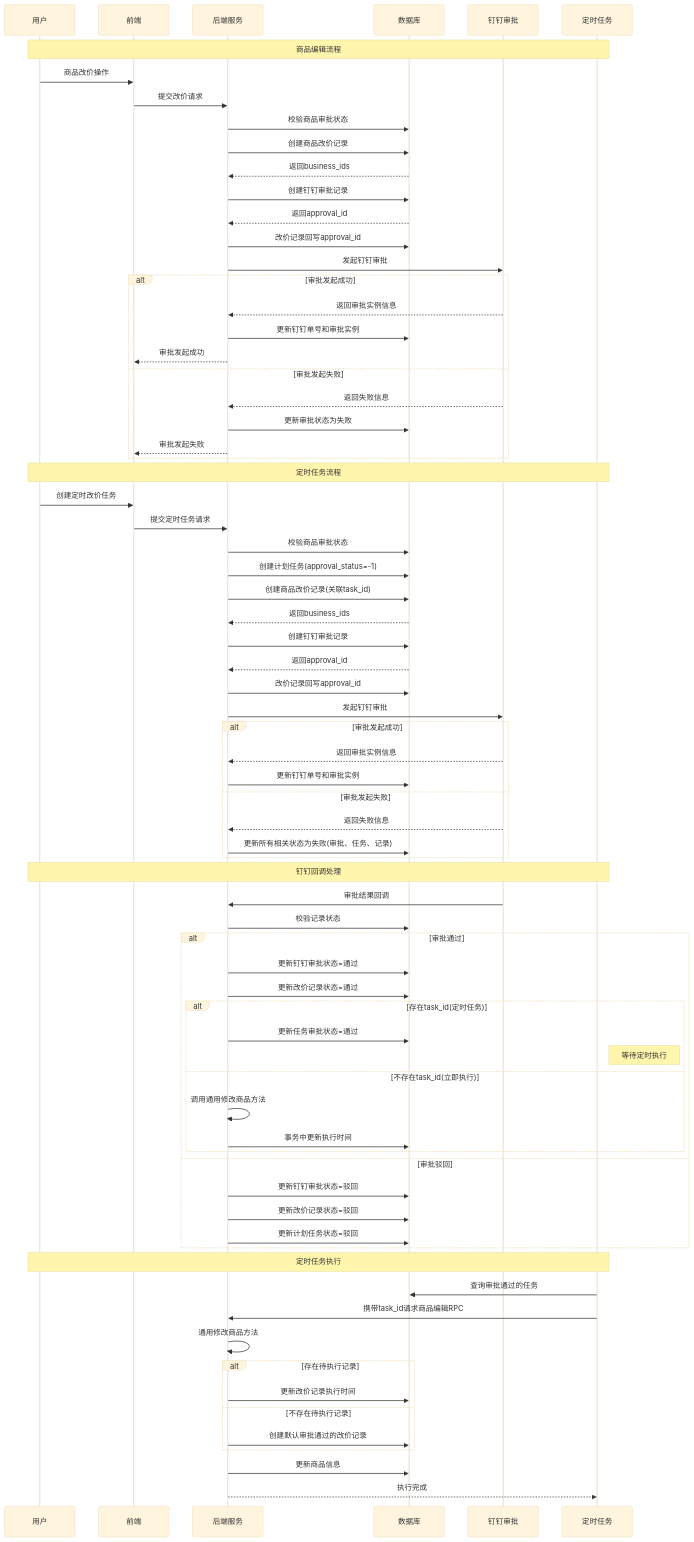
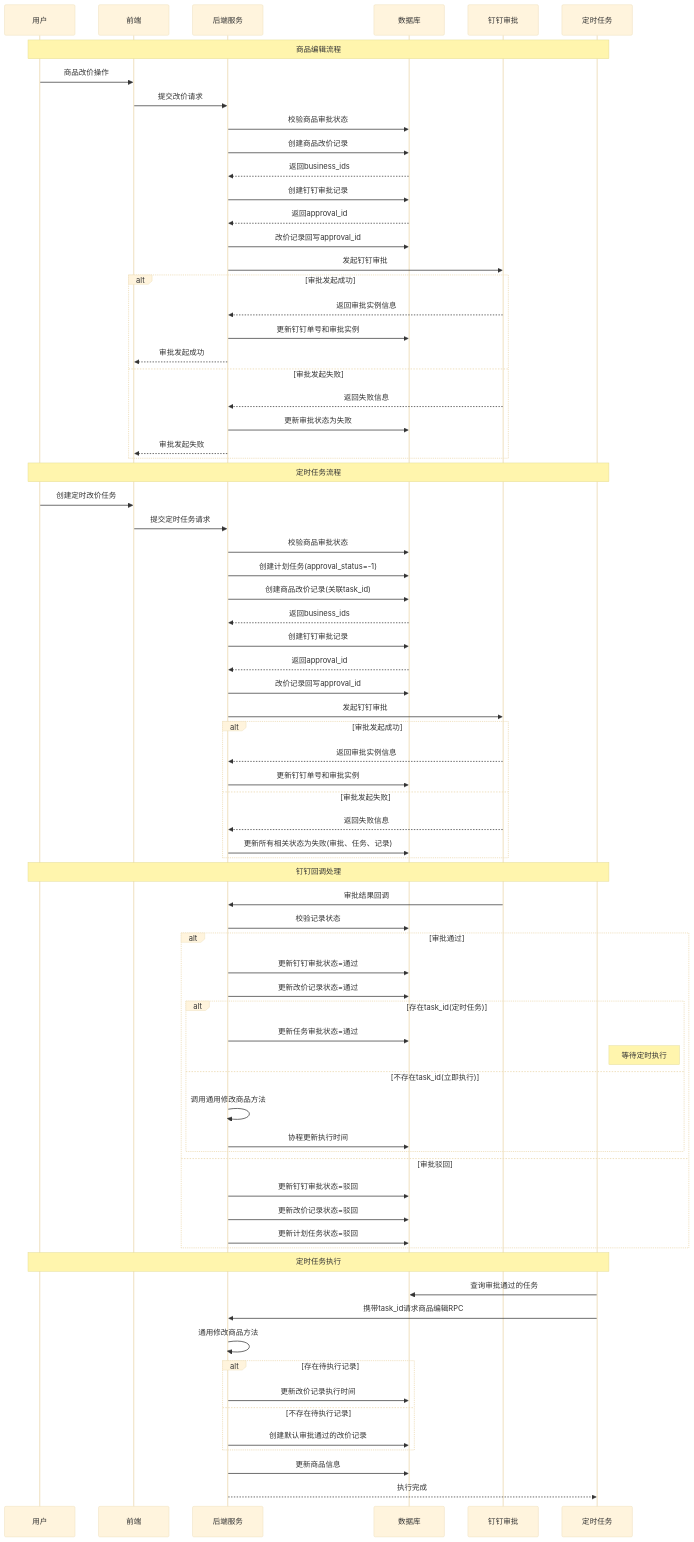
One commit to fuzhongyun/markdown2 changed the first of 8 diagrams in 钉钉审批通用化方案.md. Above: the diagram before and after it, drawn with Mermaid (base theme). The commit also changed other lines of this file, not shown here.

````diff
--- a/钉钉审批通用化方案.md
+++ b/钉钉审批通用化方案.md
@@ -61,79 +142,79 @@
 ```mermaid
 sequenceDiagram
     participant U as 用户
     participant FE as 前端
     participant BE as 后端服务
     participant DB as 数据库
     participant DT as 钉钉审批
     participant TASK as 定时任务
     
     Note over U,TASK: 商品编辑流程
     U->>FE: 商品改价操作
     FE->>BE: 提交改价请求
     BE->>DB: 校验商品审批状态
     BE->>DB: 创建商品改价记录
     DB-->>BE: 返回business_ids
     BE->>DB: 创建钉钉审批记录
     DB-->>BE: 返回approval_id
     BE->>DB: 改价记录回写approval_id
     BE->>DT: 发起钉钉审批
     alt 审批发起成功
         DT-->>BE: 返回审批实例信息
         BE->>DB: 更新钉钉单号和审批实例
         BE-->>FE: 审批发起成功
     else 审批发起失败
         DT-->>BE: 返回失败信息
         BE->>DB: 更新审批状态为失败
         BE-->>FE: 审批发起失败
     end
     
     Note over U,TASK: 定时任务流程
     U->>FE: 创建定时改价任务
     FE->>BE: 提交定时任务请求
     BE->>DB: 校验商品审批状态
     BE->>DB: 创建计划任务(approval_status=-1)
     BE->>DB: 创建商品改价记录(关联task_id)
     DB-->>BE: 返回business_ids
     BE->>DB: 创建钉钉审批记录
     DB-->>BE: 返回approval_id
     BE->>DB: 改价记录回写approval_id
     BE->>DT: 发起钉钉审批
     alt 审批发起成功
         DT-->>BE: 返回审批实例信息
         BE->>DB: 更新钉钉单号和审批实例
     else 审批发起失败
         DT-->>BE: 返回失败信息
         BE->>DB: 更新所有相关状态为失败(审批、任务、记录)
     end
     
     Note over U,TASK: 钉钉回调处理
     DT->>BE: 审批结果回调
     BE->>DB: 校验记录状态
     alt 审批通过
         BE->>DB: 更新钉钉审批状态=通过
         BE->>DB: 更新改价记录状态=通过
         alt 存在task_id(定时任务)
             BE->>DB: 更新任务审批状态=通过
             Note right of TASK: 等待定时执行
         else 不存在task_id(立即执行)
             BE->>BE: 调用通用修改商品方法
-            BE->>DB: 事务中更新执行时间
+            BE->>DB: 协程更新执行时间
         end
     else 审批驳回
         BE->>DB: 更新钉钉审批状态=驳回
         BE->>DB: 更新改价记录状态=驳回
         BE->>DB: 更新计划任务状态=驳回
     end
     
     Note over U,TASK: 定时任务执行
     TASK->>DB: 查询审批通过的任务
     TASK->>BE: 携带task_id请求商品编辑RPC
     BE->>BE: 通用修改商品方法
     alt 存在待执行记录
         BE->>DB: 更新改价记录执行时间
     else 不存在待执行记录
         BE->>DB: 创建默认审批通过的改价记录
     end
     BE->>DB: 更新商品信息
     BE-->>TASK: 执行完成
 ```
````
